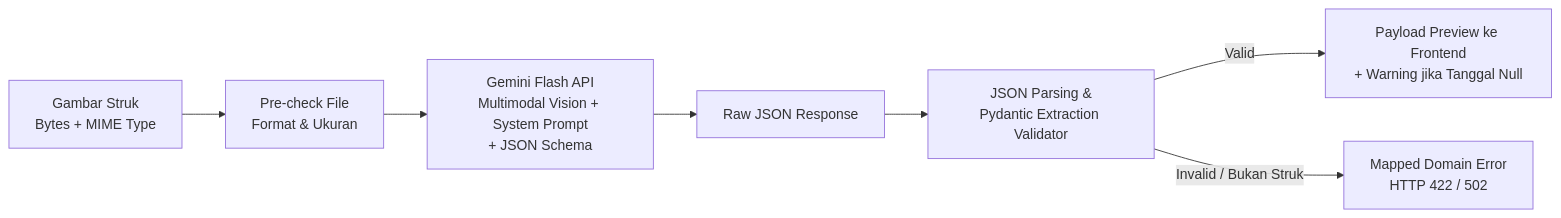
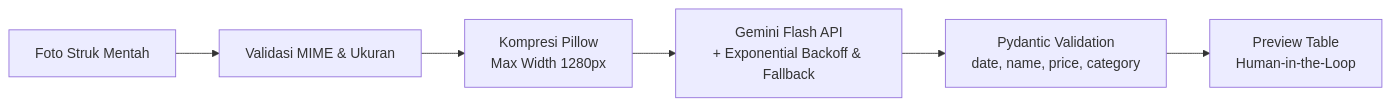
The second of 3 diagrams in PRD.md (aqilareindra/ExTra-Expense-Tracker), drawn with Mermaid before and after one commit. The commit also changed other lines of this file and 1 other file, not shown here.

````diff
--- a/PRD.md
+++ b/PRD.md
@@ -214,9 +185,8 @@
 ```mermaid
 flowchart LR
-    IMG[Gambar Struk<br/>Bytes + MIME Type] --> PREP[Pre-check File<br/>Format & Ukuran]
-    PREP --> GEMINI[Gemini Flash API<br/>Multimodal Vision + System Prompt<br/>+ JSON Schema]
-    GEMINI --> RAW[Raw JSON Response]
-    RAW --> PARSE[JSON Parsing &<br/>Pydantic Extraction Validator]
-    PARSE -->|Valid| PREVIEW[Payload Preview ke Frontend<br/>+ Warning jika Tanggal Null]
-    PARSE -->|Invalid / Bukan Struk| ERR[Mapped Domain Error<br/>HTTP 422 / 502]
+    RAW_IMG[Foto Struk Mentah] --> VAL[Validasi MIME & Ukuran]
+    VAL --> COMP[Kompresi Pillow<br/>Max Width 1280px]
+    COMP --> RETRY[Gemini Flash API<br/>+ Exponential Backoff & Fallback]
+    RETRY --> SCHEMA[Pydantic Validation<br/>date, name, price, category]
+    SCHEMA --> UI[Preview Table<br/>Human-in-the-Loop]
 ```
````
